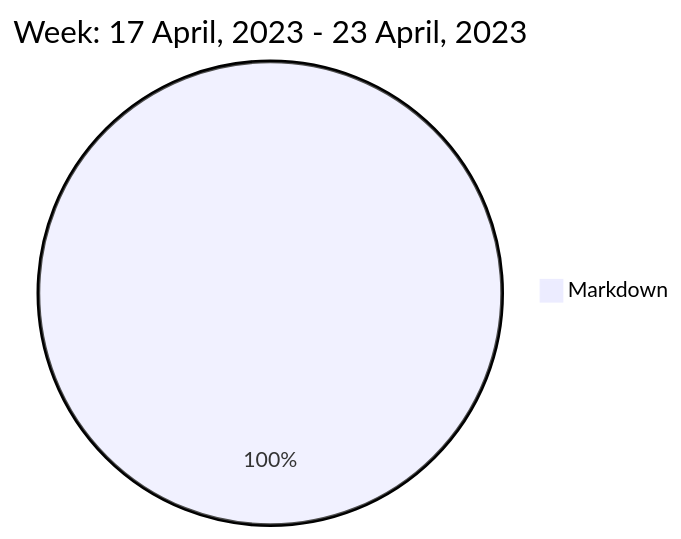
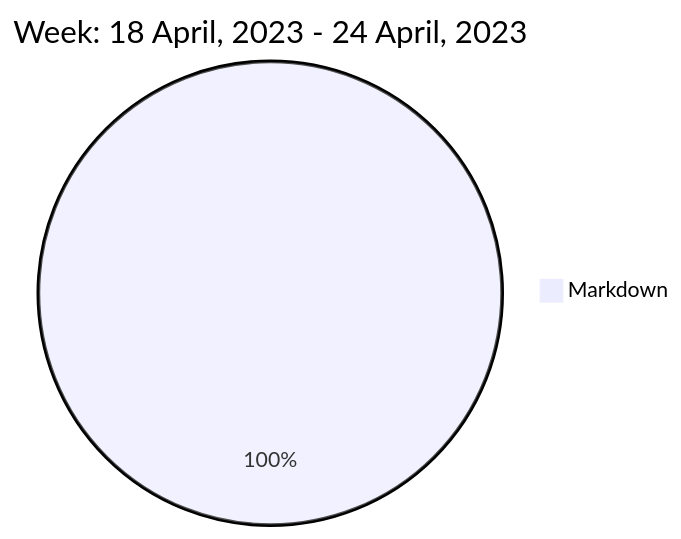
The diagram in README.md (liubin95/liubin95), drawn with Mermaid before and after one commit.

Commit message:
Updated the Graph with new Metrics

````diff
--- a/README.md
+++ b/README.md
@@ -40,5 +40,5 @@
 ```mermaid
  pie
-title Week: 17 April, 2023 - 23 April, 2023
- "Markdown" : 3.0
+title Week: 18 April, 2023 - 24 April, 2023
+ "Markdown" : 2.15
 ```
````
